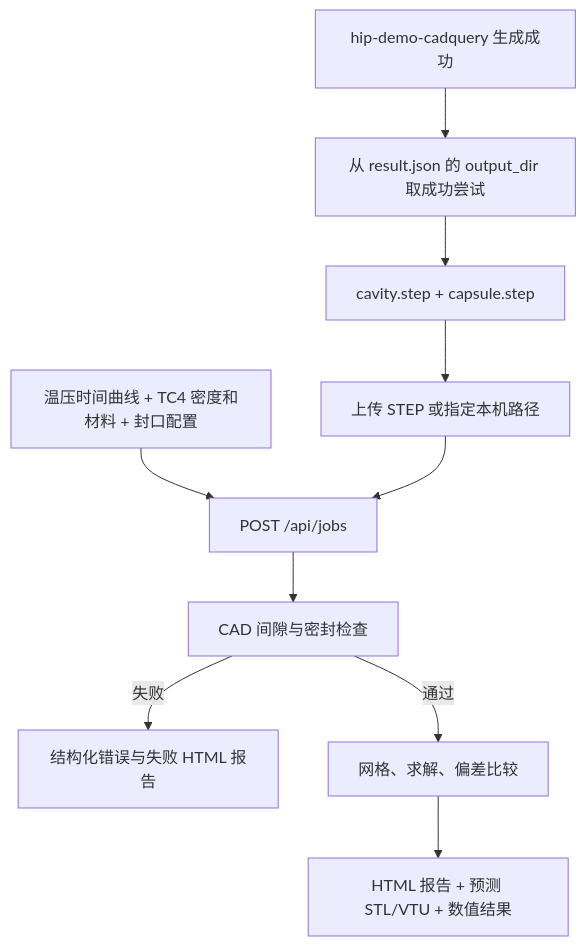
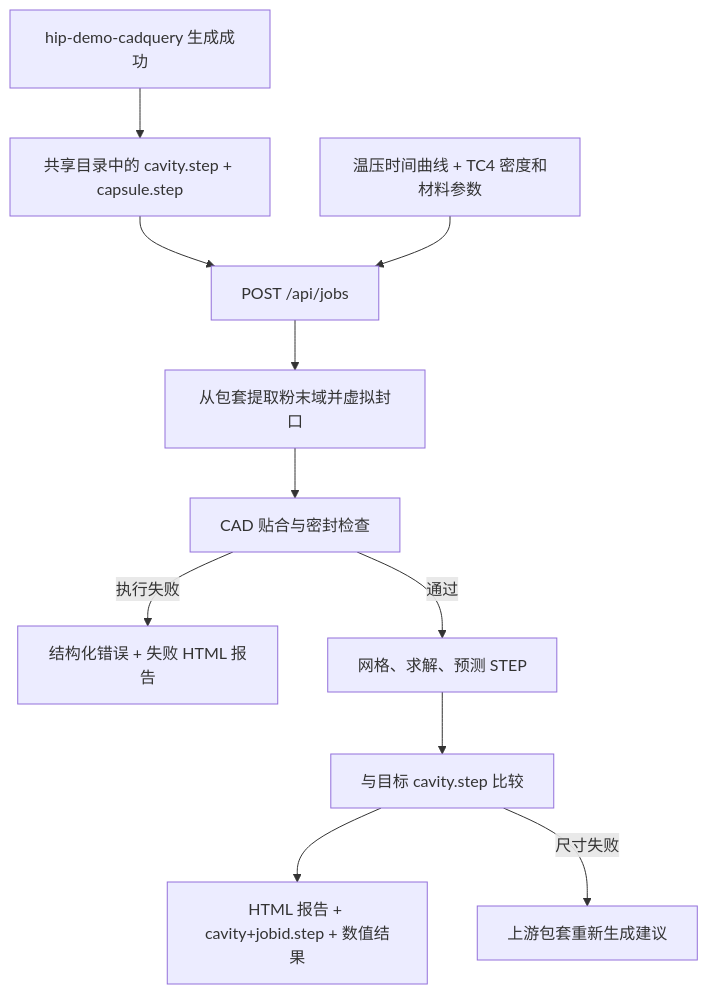
The diagram in docs/cadquery-integration.zh-CN.md (zero6453/HIPForm), drawn with Mermaid before and after one commit. The commit also changed other lines of this file and 18 other files, not shown here.

````diff
--- a/docs/cadquery-integration.zh-CN.md
+++ b/docs/cadquery-integration.zh-CN.md
@@ -8,12 +7,13 @@
 ```mermaid
 flowchart TD
-    A[hip-demo-cadquery 生成成功] --> B[从 result.json 的 output_dir 取成功尝试]
-    B --> C[cavity.step + capsule.step]
-    C --> D[上传 STEP 或指定本机路径]
-    E[温压时间曲线 + TC4 密度和材料 + 封口配置] --> F[POST /api/jobs]
-    D --> F
-    F --> G[CAD 间隙与密封检查]
-    G -->|失败| H[结构化错误与失败 HTML 报告]
-    G -->|通过| I[网格、求解、偏差比较]
-    I --> J[HTML 报告 + 预测 STL/VTU + 数值结果]
+    A[hip-demo-cadquery 生成成功] --> B[共享目录中的 cavity.step + capsule.step]
+    B --> C[POST /api/jobs]
+    D[温压时间曲线 + TC4 密度和材料参数] --> C
+    C --> E[从包套提取粉末域并虚拟封口]
+    E --> F[CAD 贴合与密封检查]
+    F -->|执行失败| G[结构化错误 + 失败 HTML 报告]
+    F -->|通过| H[网格、求解、预测 STEP]
+    H --> I[与目标 cavity.step 比较]
+    I --> J[HTML 报告 + cavity+jobid.step + 数值结果]
+    I -->|尺寸失败| K[上游包套重新生成建议]
 ```
````
